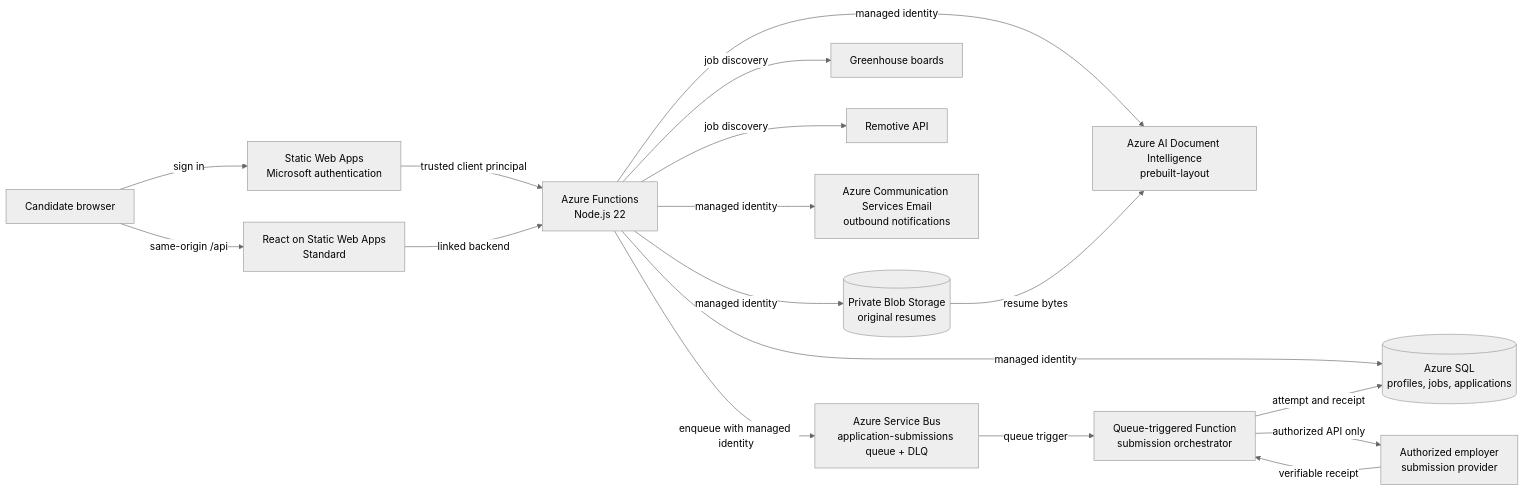
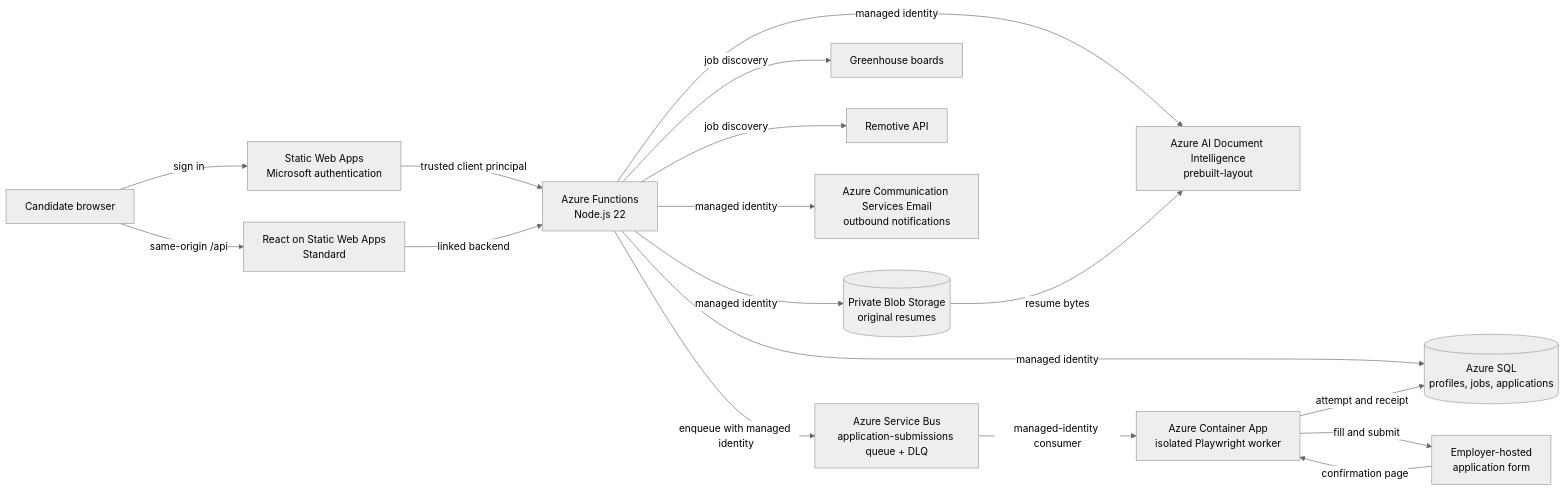
Before and after one commit to shivangsoni/resume_tool: the first of 6 diagrams in ARCHITECTURE.md, drawn with Mermaid (neutral theme). The commit also changed other lines of this file and 23 other files, not shown here.

Commit message:
Add Playwright employer application worker

````diff
--- a/ARCHITECTURE.md
+++ b/ARCHITECTURE.md
@@ -7,33 +7,33 @@
 ```mermaid
 flowchart LR
     Candidate[Candidate browser]
     Auth[Static Web Apps<br/>Microsoft authentication]
     SWA[React on Static Web Apps<br/>Standard]
     API[Azure Functions<br/>Node.js 22]
     SQL[(Azure SQL<br/>profiles, jobs, applications)]
     Blob[(Private Blob Storage<br/>original resumes)]
     DocAI[Azure AI Document Intelligence<br/>prebuilt-layout]
     GH[Greenhouse boards]
     Remotive[Remotive API]
     Email[Azure Communication Services Email<br/>outbound notifications]
     Bus[Azure Service Bus<br/>application-submissions queue + DLQ]
-    Worker[Queue-triggered Function<br/>submission orchestrator]
-    Provider[Authorized employer<br/>submission provider]
+    Worker[Azure Container App<br/>isolated Playwright worker]
+    Employer[Employer-hosted<br/>application form]
 
     Candidate -->|sign in| Auth
     Candidate -->|same-origin /api| SWA
     Auth -->|trusted client principal| API
     SWA -->|linked backend| API
     API -->|managed identity| SQL
     API -->|managed identity| Blob
     API -->|managed identity| DocAI
     API -->|job discovery| GH
     API -->|job discovery| Remotive
     API -->|managed identity| Email
     API -->|enqueue with managed identity| Bus
-    Bus -->|queue trigger| Worker
-    Worker -->|authorized API only| Provider
-    Provider -->|verifiable receipt| Worker
+    Bus -->|managed-identity consumer| Worker
+    Worker -->|fill and submit| Employer
+    Employer -->|confirmation page| Worker
     Worker -->|attempt and receipt| SQL
     Blob -->|resume bytes| DocAI
 ```
````
